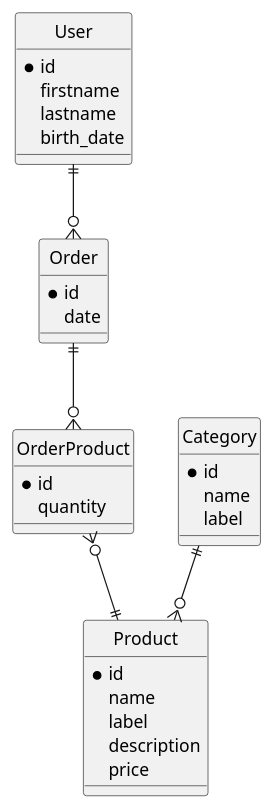
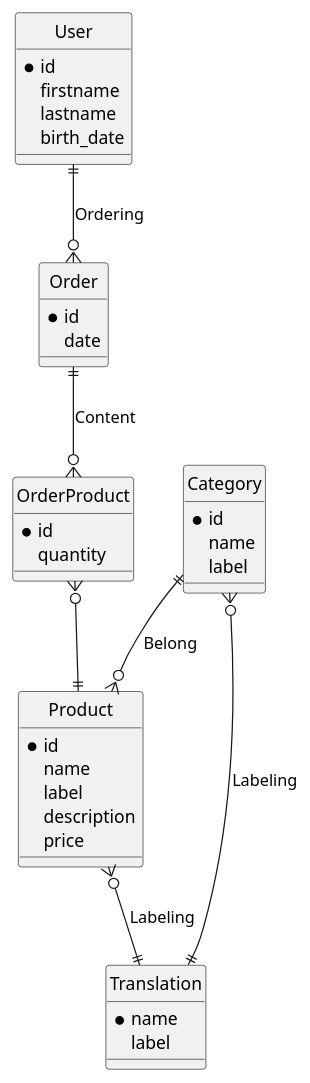
The diagram in schema/entityRelation.puml (ThibBer/SportProducts), drawn with PlantUML before and after one commit. The commit also changed 1 other file, not shown here.

Commit message:
Add translation table and link names

```diff
--- a/schema/entityRelation.puml
+++ b/schema/entityRelation.puml
@@ -1,40 +1,48 @@
 @startuml
 hide circle
 
 entity User {
     * id
     firstname
     lastname
     birth_date
 }
 
 entity Category {
     * id
     name
     label
 }
 
 entity Product  {
     * id
     name
     label
     description
     price
 }
 
 entity Order {
     *id
     date
 }
 
 entity OrderProduct {
     *id
     quantity
 }
 
-Order ||--o{ OrderProduct
-User ||--o{ Order
-Category ||--o{ Product
+entity Translation {
+    * name
+    label
+}
+
+Order ||--o{ OrderProduct : Content
+User ||--o{ Order : Ordering
+Category ||--o{ Product : Belong
 OrderProduct }o--|| Product
 
+Category }o--|| Translation : Labeling
+Product }o--|| Translation : Labeling
+
 @enduml
```
